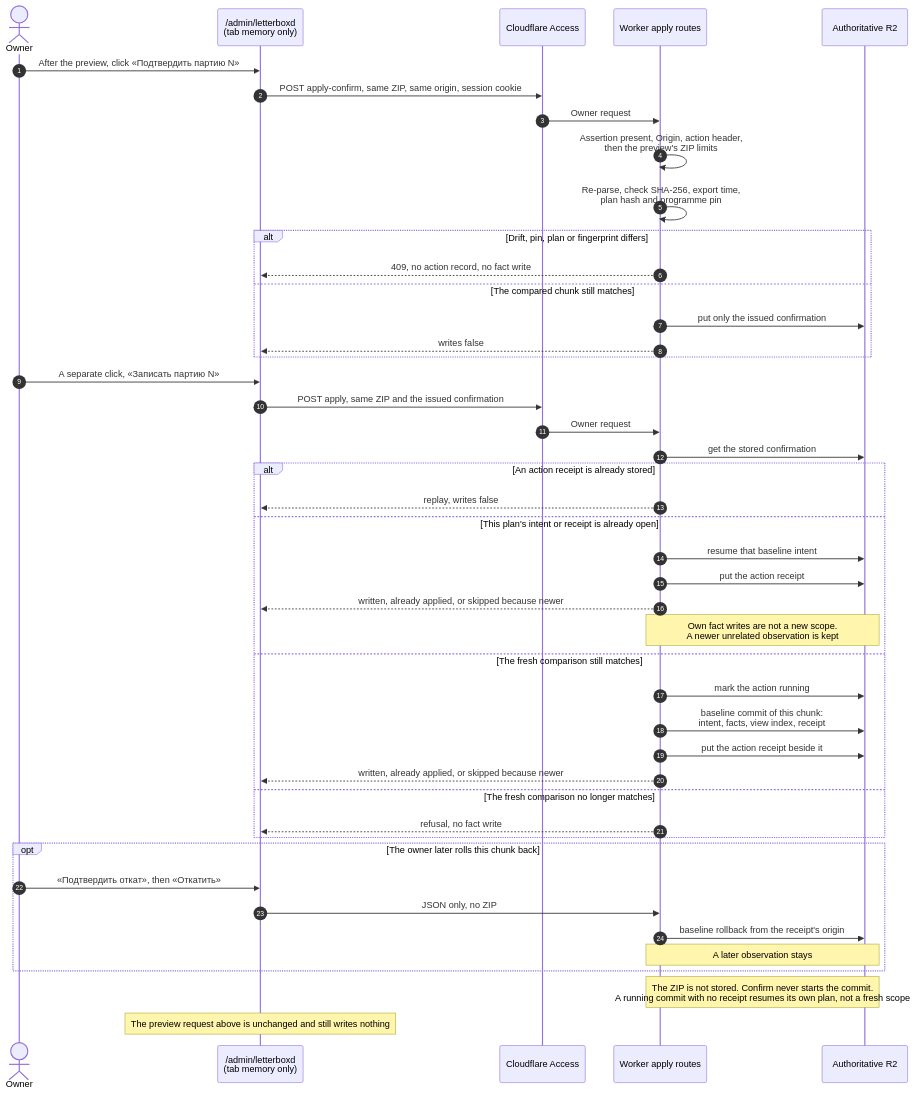
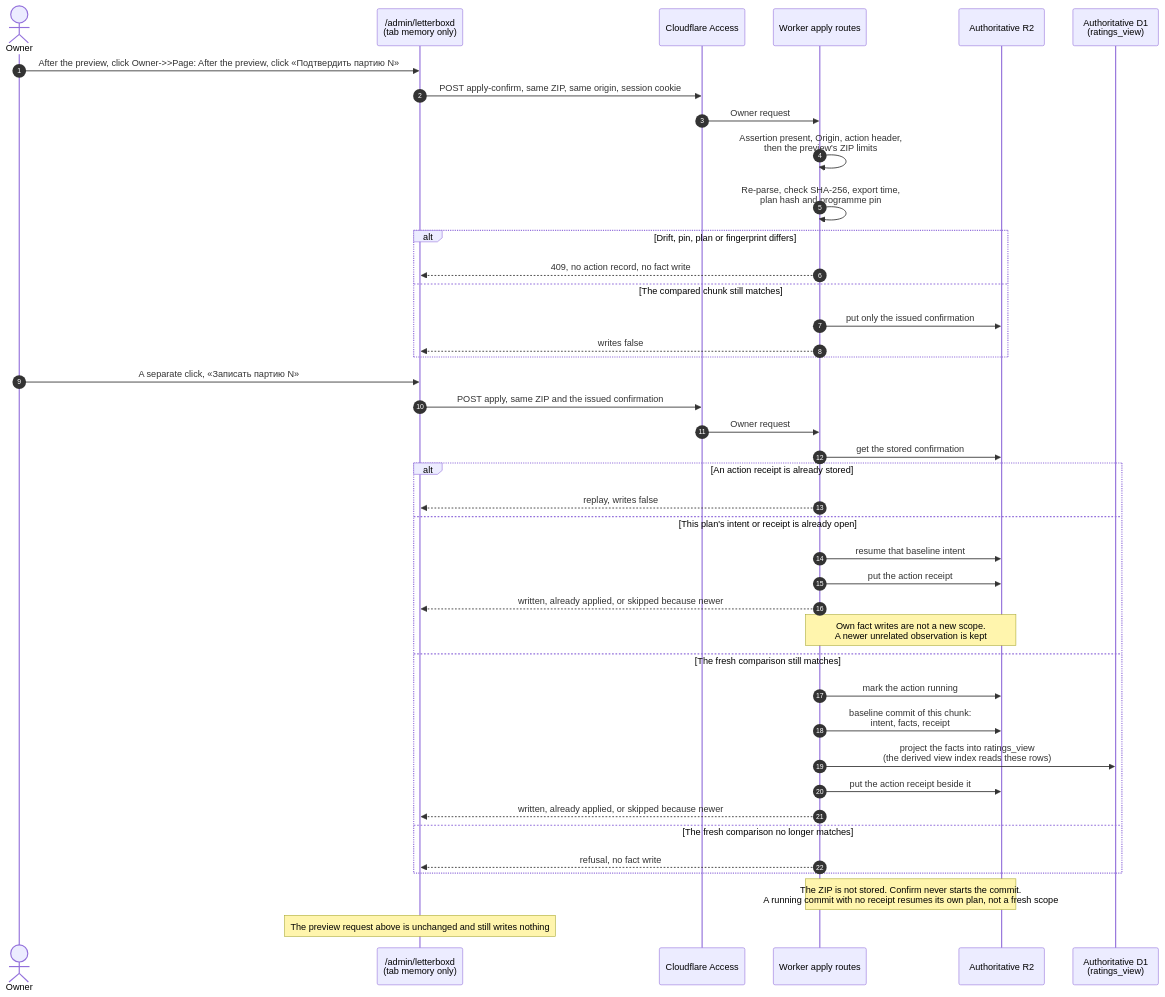
One commit to vladimino/iptv-watchlist changed the fourth of 4 diagrams in docs/architecture/letterboxd-ingestion.md. Above: the diagram before and after it, drawn with Mermaid. The commit also changed other lines of this file and 154 other files, not shown here.

First line of the commit message:
AIR-558: retire VIEW_INDEX_SOURCE, the raw view-index read path and its writers (#865)

````diff
--- a/docs/architecture/letterboxd-ingestion.md
+++ b/docs/architecture/letterboxd-ingestion.md
@@ -118,47 +118,43 @@
 ```mermaid
 sequenceDiagram
     autonumber
     actor Owner
     participant Page as /admin/letterboxd<br/>(tab memory only)
     participant Access as Cloudflare Access
     participant Worker as Worker apply routes
     participant R2 as Authoritative R2
-    Owner->>Page: After the preview, click «Подтвердить партию N»
+    participant D1 as Authoritative D1<br/>(ratings_view)
+    Owner->>Page: After the preview, click    Owner->>Page: After the preview, click «Подтвердить партию N»
     Page->>Access: POST apply-confirm, same ZIP, same origin, session cookie
     Access->>Worker: Owner request
     Worker->>Worker: Assertion present, Origin, action header,<br/>then the preview's ZIP limits
     Worker->>Worker: Re-parse, check SHA-256, export time,<br/>plan hash and programme pin
     alt Drift, pin, plan or fingerprint differs
         Worker-->>Page: 409, no action record, no fact write
     else The compared chunk still matches
         Worker->>R2: put only the issued confirmation
         Worker-->>Page: writes false
     end
     Owner->>Page: A separate click, «Записать партию N»
     Page->>Access: POST apply, same ZIP and the issued confirmation
     Access->>Worker: Owner request
     Worker->>R2: get the stored confirmation
     alt An action receipt is already stored
         Worker-->>Page: replay, writes false
     else This plan's intent or receipt is already open
         Worker->>R2: resume that baseline intent
         Worker->>R2: put the action receipt
         Worker-->>Page: written, already applied, or skipped because newer
         Note over Worker,R2: Own fact writes are not a new scope.<br/>A newer unrelated observation is kept
     else The fresh comparison still matches
         Worker->>R2: mark the action running
-        Worker->>R2: baseline commit of this chunk:<br/>intent, facts, view index, receipt
+        Worker->>R2: baseline commit of this chunk:<br/>intent, facts, receipt
+        Worker->>D1: project the facts into ratings_view<br/>(the derived view index reads these rows)
         Worker->>R2: put the action receipt beside it
         Worker-->>Page: written, already applied, or skipped because newer
     else The fresh comparison no longer matches
         Worker-->>Page: refusal, no fact write
     end
-    opt The owner later rolls this chunk back
-        Owner->>Page: «Подтвердить откат», then «Откатить»
-        Page->>Worker: JSON only, no ZIP
-        Worker->>R2: baseline rollback from the receipt's origin
-        Note over Worker,R2: A later observation stays
-    end
     Note over Worker,R2: The ZIP is not stored. Confirm never starts the commit.<br/>A running commit with no receipt resumes its own plan, not a fresh scope
     Note over Page: The preview request above is unchanged and still writes nothing
 ```
````
